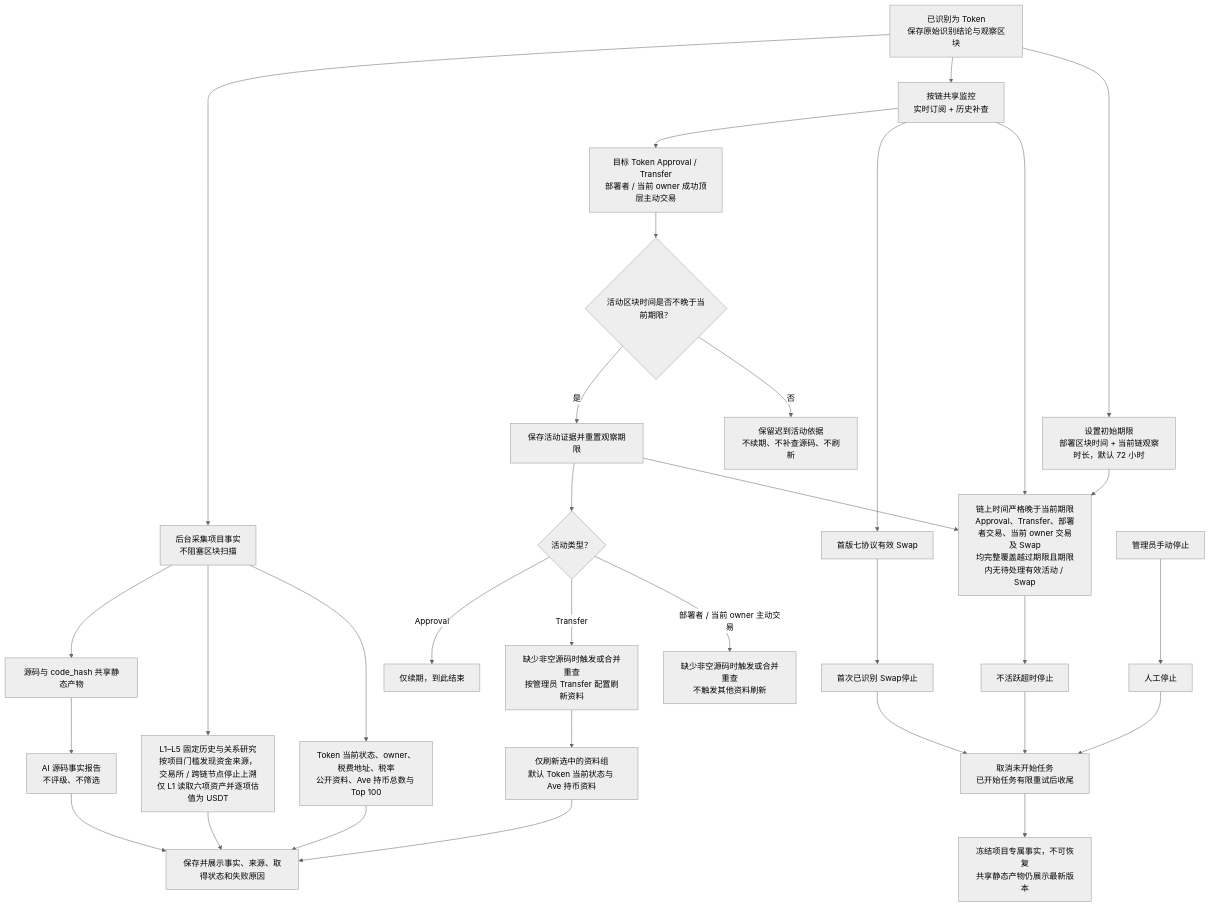
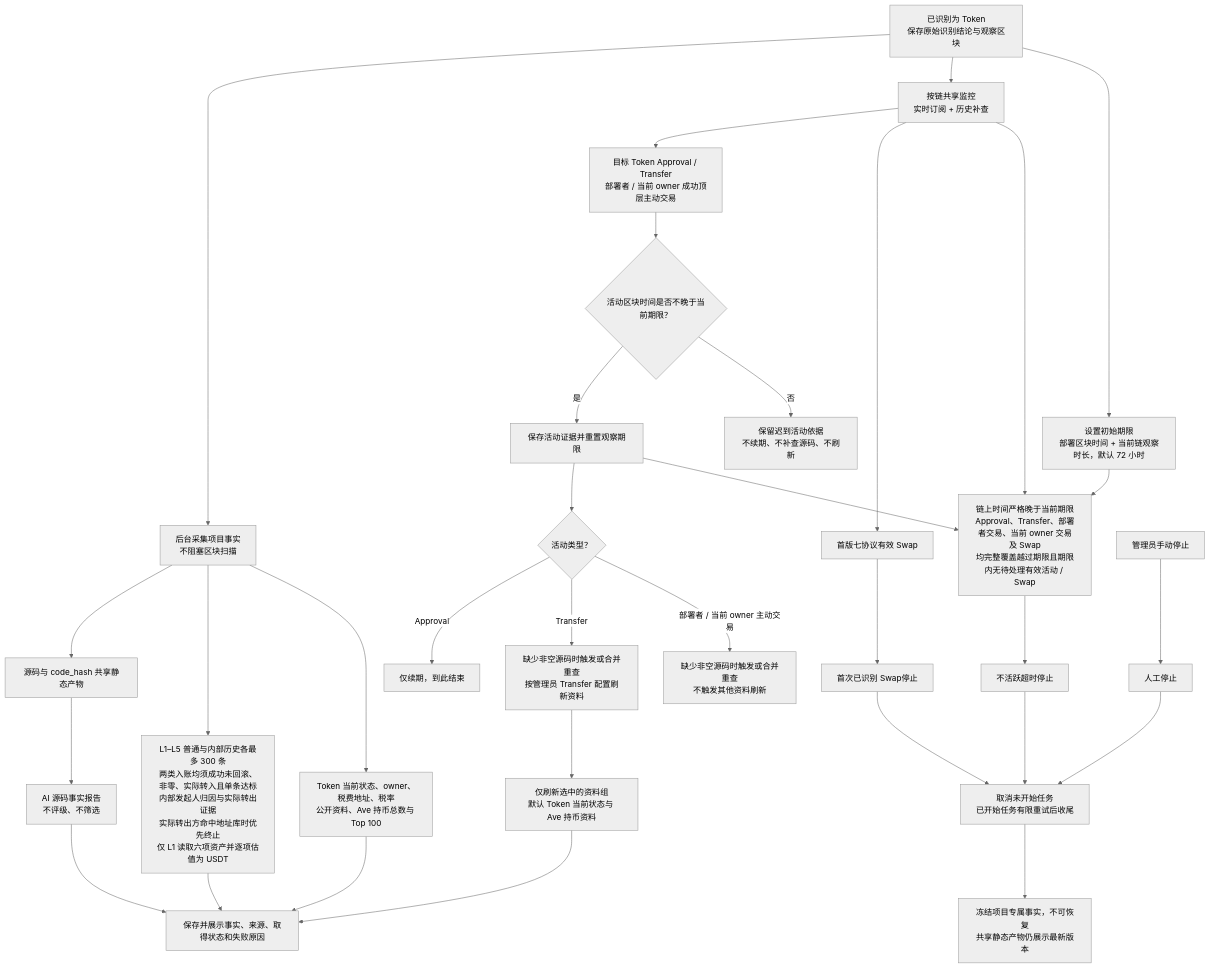
One commit to useryege/athena-o changed the diagram in docs/requirements/token/token-research-flow.md. Above: the diagram before and after it, drawn with Mermaid (neutral theme). The commit also changed other lines of this file and 19 other files, not shown here.

````diff
--- a/docs/requirements/token/token-research-flow.md
+++ b/docs/requirements/token/token-research-flow.md
@@ -11,36 +11,36 @@
 ```mermaid
 flowchart TD
     token["已识别为 Token<br/>保存原始识别结论与观察区块"] --> materials["后台采集项目事实<br/>不阻塞区块扫描"]
     materials --> source["源码与 code_hash 共享静态产物"]
     source --> report["AI 源码事实报告<br/>不评级、不筛选"]
-    materials --> wallets["L1–L5 固定历史与关系研究<br/>按项目门槛发现资金来源，交易所 / 跨链节点停止上溯<br/>仅 L1 读取六项资产并逐项估值为 USDT"]
+    materials --> wallets["L1–L5 普通与内部历史各最多 300 条<br/>两类入账均须成功未回滚、非零、实际转入且单条达标<br/>内部发起人归因与实际转出证据<br/>实际转出方命中地址库时优先终止<br/>仅 L1 读取六项资产并逐项估值为 USDT"]
     materials --> others["Token 当前状态、owner、税费地址、税率<br/>公开资料、Ave 持币总数与 Top 100"]
     report --> display["保存并展示事实、来源、取得状态和失败原因"]
     wallets --> display
     others --> display
 
     token --> monitor["按链共享监控<br/>实时订阅 + 历史补查"]
     token --> initialDeadline["设置初始期限<br/>部署区块时间 + 当前链观察时长，默认 72 小时"]
     monitor --> activity["目标 Token Approval / Transfer<br/>部署者 / 当前 owner 成功顶层主动交易"]
     activity --> activityEligible{"活动区块时间是否不晚于当前期限？"}
     activityEligible -->|是| renew["保存活动证据并重置观察期限"]
     activityEligible -->|否| late["保留迟到活动依据<br/>不续期、不补查源码、不刷新"]
     renew --> kind{"活动类型？"}
     kind -->|Approval| approval["仅续期，到此结束"]
     kind -->|Transfer| transfer["缺少非空源码时触发或合并重查<br/>按管理员 Transfer 配置刷新资料"]
     transfer --> refresh["仅刷新选中的资料组<br/>默认 Token 当前状态与 Ave 持币资料"]
     refresh --> display
     kind -->|部署者 / 当前 owner 主动交易| walletActivity["缺少非空源码时触发或合并重查<br/>不触发其他资料刷新"]
     monitor --> swap["首版七协议有效 Swap"]
     swap --> stopSwap["首次已识别 Swap停止"]
     initialDeadline --> expiry["链上时间严格晚于当前期限<br/>Approval、Transfer、部署者交易、当前 owner 交易及 Swap<br/>均完整覆盖越过期限且期限内无待处理有效活动 / Swap"]
     renew --> expiry
     monitor --> expiry
     expiry --> stopTimeout["不活跃超时停止"]
     admin["管理员手动停止"] --> stopManual["人工停止"]
 
     stopSwap --> settle["取消未开始任务<br/>已开始任务有限重试后收尾"]
     stopTimeout --> settle
     stopManual --> settle
     settle --> freeze["冻结项目专属事实，不可恢复<br/>共享静态产物仍展示最新版本"]
 ```
````
